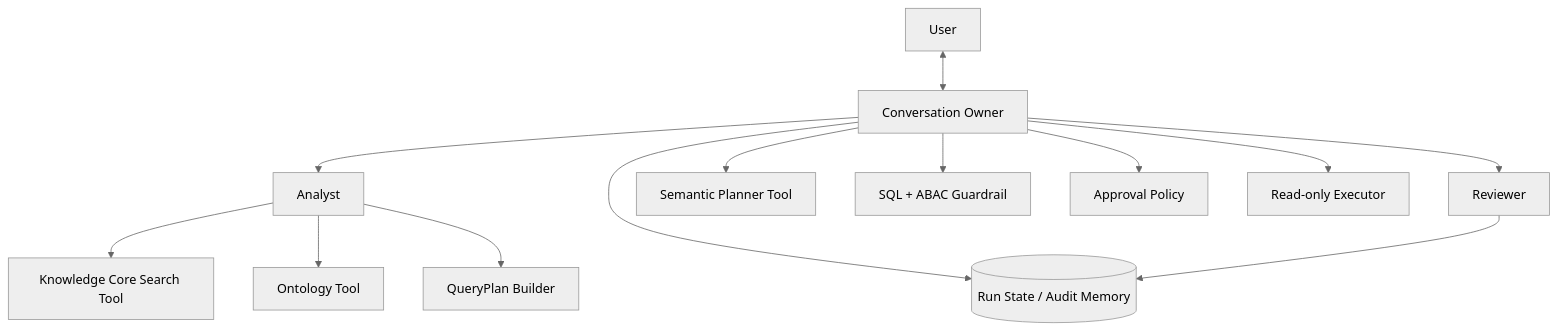
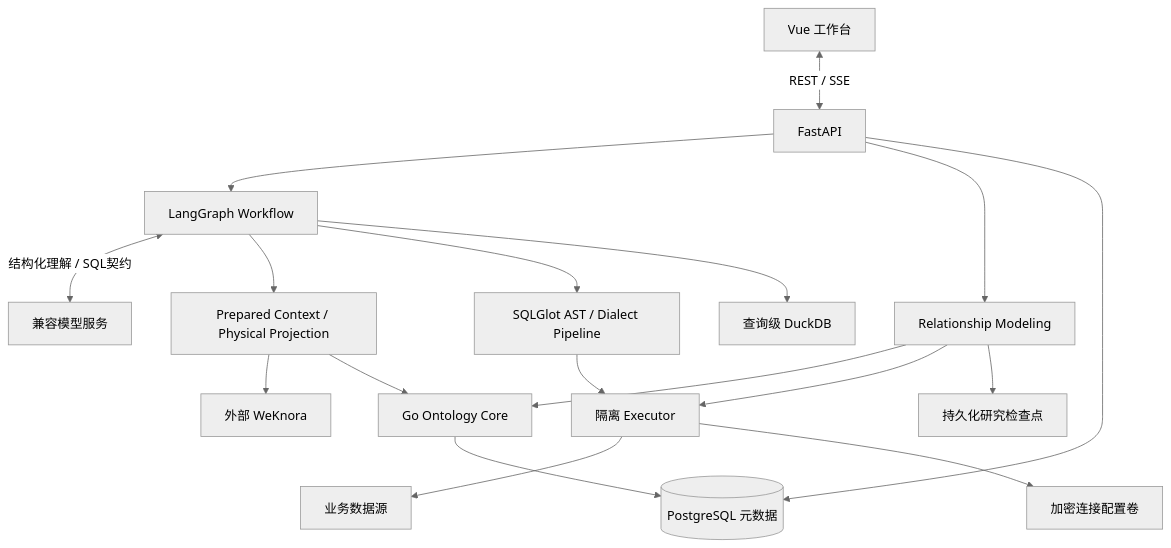
One commit to aikernix/semora changed the first of 2 diagrams in docs/architecture/agentic-architecture.md. Above: the diagram before and after it, drawn with Mermaid (neutral theme). The commit also changed other lines of this file and 5 other files, not shown here.

````diff
--- a/docs/architecture/agentic-architecture.md
+++ b/docs/architecture/agentic-architecture.md
@@ -7,15 +13,20 @@
 ```mermaid
 flowchart TB
-    U[User] <--> O[Conversation Owner]
-    O --> A[Analyst]
-    O --> R[Reviewer]
-    A --> KT[Knowledge Core Search Tool]
-    A --> OT[Ontology Tool]
-    A --> PT[QueryPlan Builder]
-    O --> ST[(Run State / Audit Memory)]
-    O --> SP[Semantic Planner Tool]
-    O --> G[SQL + ABAC Guardrail]
-    O --> P[Approval Policy]
-    O --> E[Read-only Executor]
-    R --> ST
+    UI[Vue 工作台] <-->|REST / SSE| API[FastAPI]
+    API --> WF[LangGraph Workflow]
+    WF <-->|结构化理解 / SQL契约| LLM[兼容模型服务]
+    WF --> CTX[Prepared Context / Physical Projection]
+    CTX --> KB[外部 WeKnora]
+    CTX --> ONT[Go Ontology Core]
+    API --> MOD[Relationship Modeling]
+    MOD --> ONT
+    MOD --> EXEC[隔离 Executor]
+    WF --> SQL[SQLGlot AST / Dialect Pipeline]
+    SQL --> EXEC
+    EXEC --> DB[业务数据源]
+    WF --> DUCK[查询级 DuckDB]
+    API --> META[(PostgreSQL 元数据)]
+    ONT --> META
+    MOD --> FILES[持久化研究检查点]
+    EXEC --> SECRETS[加密连接配置卷]
 ```
````
